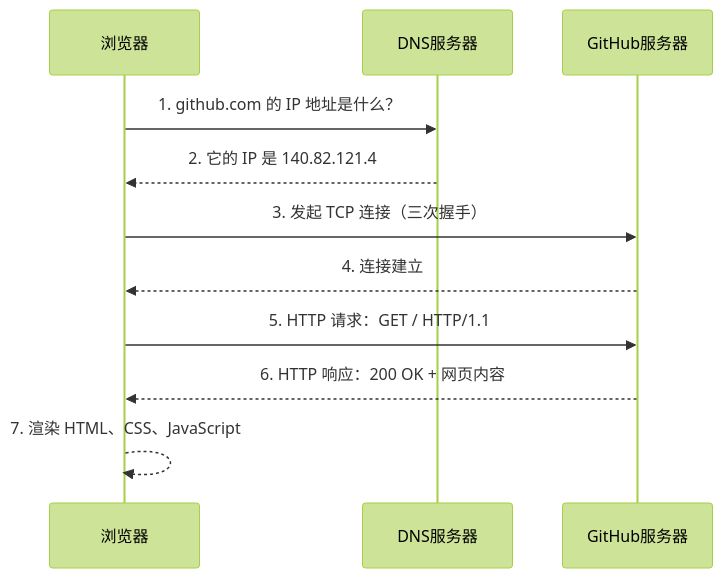
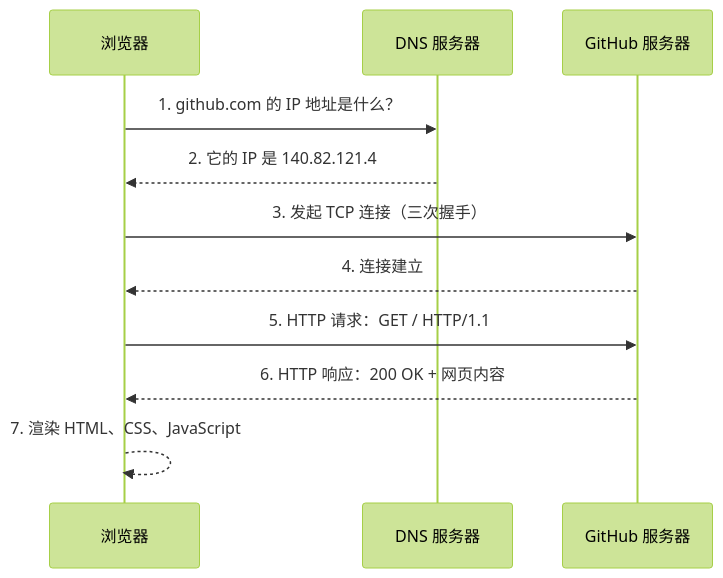
The first of 2 diagrams in 中文 (Chinese)/06. [中阶] 这才是 Python/06-1. Web 通识扫盲课/06-1. Web 通识扫盲课.md (TheSilentOne-creator/The-Book-of-the-Night-Keeper), drawn with Mermaid (forest theme) before and after one commit. The commit also changed other lines of this file and 2 other files, not shown here.

````diff
--- a/中文 (Chinese)/06. [中阶] 这才是 Python/06-1. Web 通识扫盲课/06-1. Web 通识扫盲课.md
+++ b/中文 (Chinese)/06. [中阶] 这才是 Python/06-1. Web 通识扫盲课/06-1. Web 通识扫盲课.md
@@ -162,10 +164,10 @@
 ```mermaid
 sequenceDiagram
-    浏览器->>DNS服务器: 1. github.com 的 IP 地址是什么？
-    DNS服务器-->>浏览器: 2. 它的 IP 是 140.82.121.4
-    浏览器->>GitHub服务器: 3. 发起 TCP 连接（三次握手）
-    GitHub服务器-->>浏览器: 4. 连接建立
-    浏览器->>GitHub服务器: 5. HTTP 请求：GET / HTTP/1.1
-    GitHub服务器-->>浏览器: 6. HTTP 响应：200 OK + 网页内容
+    浏览器->>DNS 服务器: 1. github.com 的 IP 地址是什么？
+    DNS 服务器-->>浏览器: 2. 它的 IP 是 140.82.121.4
+    浏览器->>GitHub 服务器: 3. 发起 TCP 连接（三次握手）
+    GitHub 服务器-->>浏览器: 4. 连接建立
+    浏览器->>GitHub 服务器: 5. HTTP 请求：GET / HTTP/1.1
+    GitHub 服务器-->>浏览器: 6. HTTP 响应：200 OK + 网页内容
     浏览器-->>浏览器: 7. 渲染 HTML、CSS、JavaScript
 ```
````
